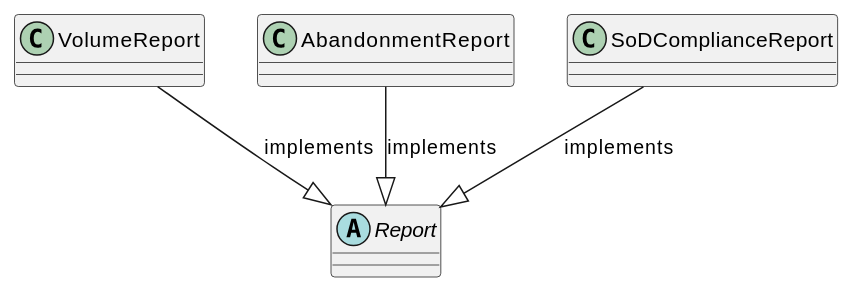
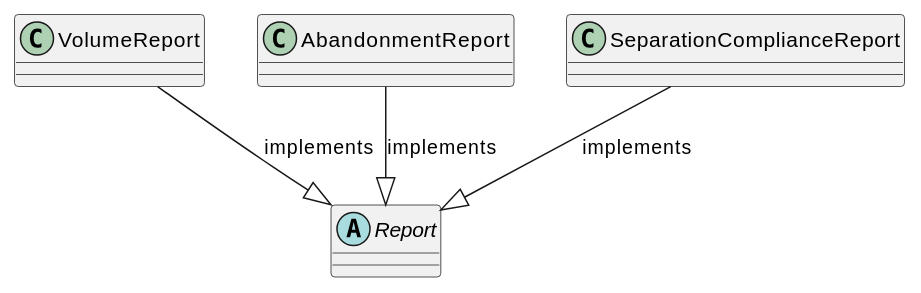
The diagram in source/requisitos/_metodologia-aplicacion/analisis-dominio/subtipos-con-etiqueta-implements.rst (jcg-admin/IACT-docs), drawn with PlantUML before and after one commit. The commit also changed 15 other files, not shown here.

```diff
--- a/source/requisitos/_metodologia-aplicacion/analisis-dominio/subtipos-con-etiqueta-implements.rst
+++ b/source/requisitos/_metodologia-aplicacion/analisis-dominio/subtipos-con-etiqueta-implements.rst
@@ -7,13 +7,13 @@
 .. uml::
 
    @startuml
 
    abstract class Report
    class VolumeReport
    class AbandonmentReport
-   class SoDComplianceReport
+   class SeparationComplianceReport
 
    VolumeReport --|> Report : implements
    AbandonmentReport --|> Report : implements
-   SoDComplianceReport --|> Report : implements
+   SeparationComplianceReport --|> Report : implements
    @enduml
```
